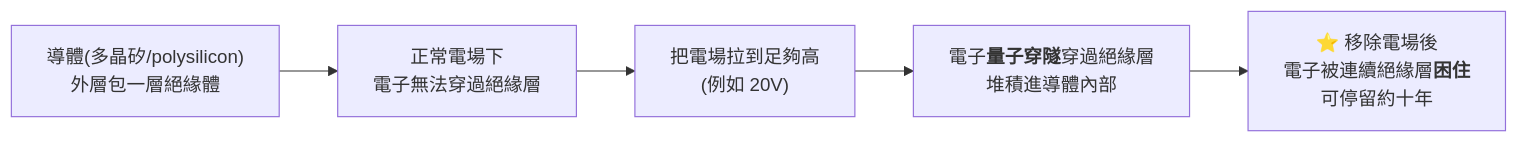
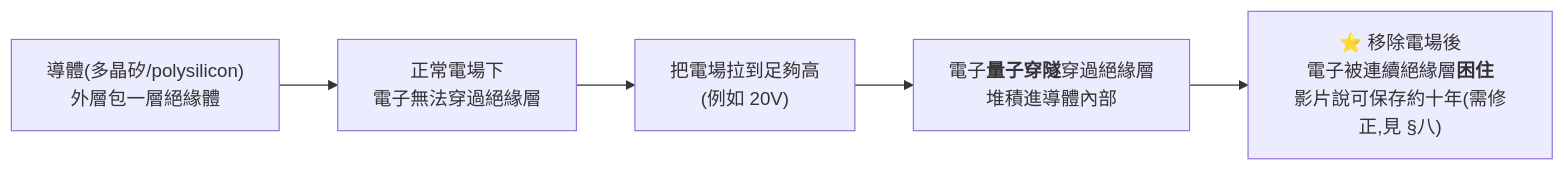
Before and after one commit to shooter2062424/Knowledge: the first of 3 diagrams in knowledge/technology/hardware/ssd-nand-flash-floating-gate-engineering.md, drawn with Mermaid. The commit also changed other lines of this file and 53 other files, not shown here.

First line of the commit message:
[feat] 影片筆記深度校正:Haiku 批次審閱 47 篇(畫面截圖核對、一手資料延伸增補)+ 新增 MCP/Skill/本地 Tools 筆記 + transcript_tools 與校正流程寫入 CLAUDE.md

````diff
--- a/knowledge/technology/hardware/ssd-nand-flash-floating-gate-engineering.md
+++ b/knowledge/technology/hardware/ssd-nand-flash-floating-gate-engineering.md
@@ -24,7 +24,7 @@
 ```mermaid
 flowchart LR
     A["導體(多晶矽/polysilicon)<br/>外層包一層絕緣體"] --> B["正常電場下<br/>電子無法穿過絕緣層"]
     B --> C["把電場拉到足夠高<br/>(例如 20V)"]
     C --> D["電子<b>量子穿隧</b>穿過絕緣層<br/>堆積進導體內部"]
-    D --> E["⭐ 移除電場後<br/>電子被連續絕緣層<b>困住</b><br/>可停留約十年"]
+    D --> E["⭐ 移除電場後<br/>電子被連續絕緣層<b>困住</b><br/>影片說可保存約十年(需修正,見 §八)"]
 ```
````
